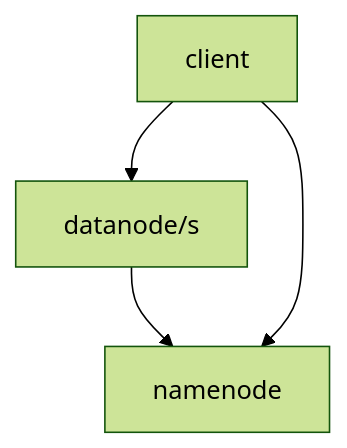
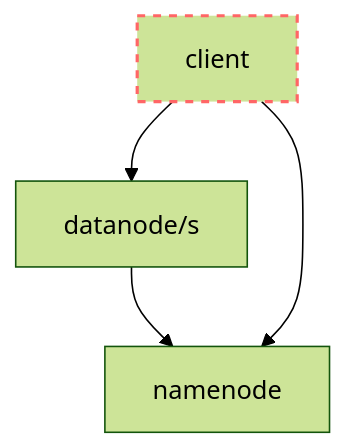
One commit to miquelvir/lsds-2025 changed the diagram in labs/1-hdfs/README.md. Above: the diagram before and after it, drawn with Mermaid (forest theme). The commit also changed other lines of this file and 6 other files, not shown here.

````diff
--- a/labs/1-hdfs/README.md
+++ b/labs/1-hdfs/README.md
@@ -477,6 +377,8 @@
 ```mermaid
 graph TD;
     client-->datanode/s;
     datanode/s-->namenode;
     client-->namenode;
+
+    style client stroke:#f66,stroke-width:2px,stroke-dasharray: 5 5
 ```
````
